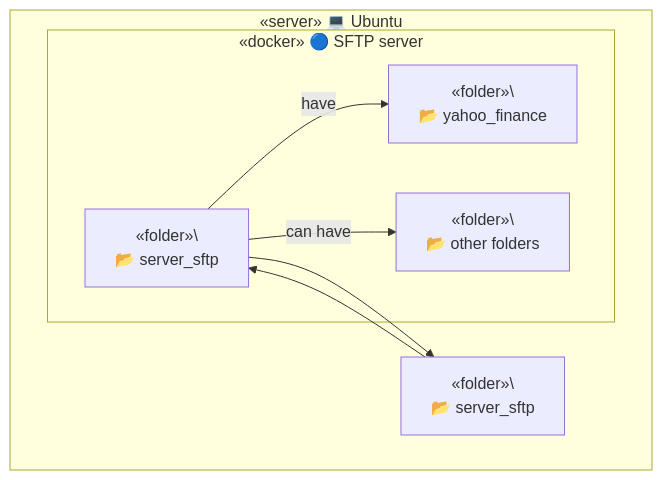
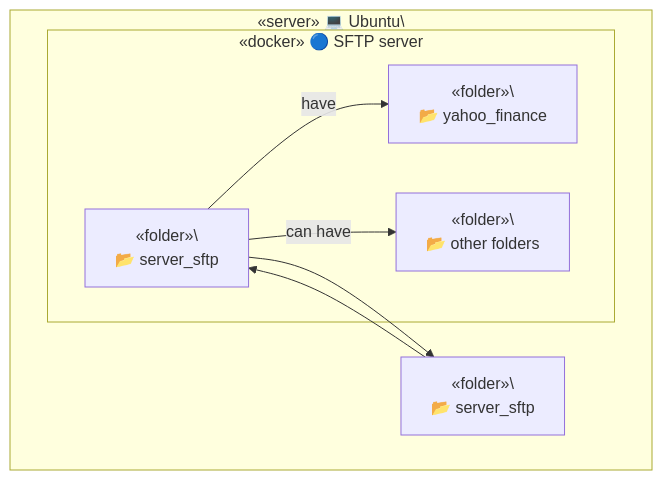
One commit to TrulyDigital/DATA_STREET changed the third of 4 diagrams in server_sftp/README.md. Above: the diagram before and after it, drawn with Mermaid.

Commit message:
update: server_sftp README.md

````diff
--- a/server_sftp/README.md
+++ b/server_sftp/README.md
@@ -30,17 +30,17 @@
 ```mermaid
 graph TB
-    subgraph Container_A [«server» 💻 Ubuntu]
+    subgraph Container_A [«server» 💻 Ubuntu\<br/>]
         A1[«folder»\<br/> 📂 server_sftp]
         subgraph Container_B [«docker» 🔵 SFTP server]
             B1[«folder»\<br/> 📂 server_sftp]
             B2[«folder»\<br/> 📂 yahoo_finance]
             B3[«folder»\<br/> 📂 other folders]
         end
 
         A1 --> B1
         B1 --> A1
 
         B1 -- have --> B2
         B1 -- can have --> B3
     end
 ```
````
